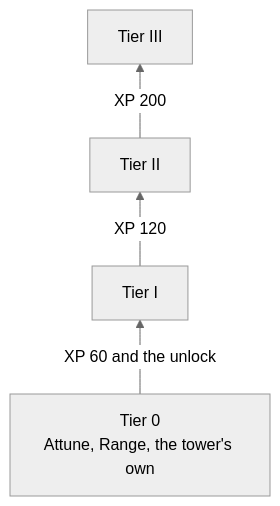
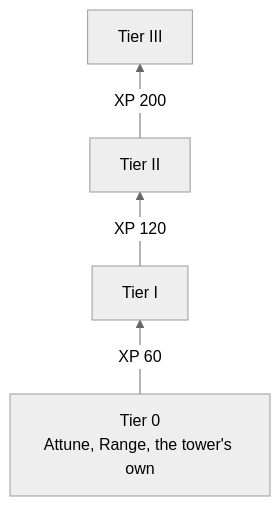
The diagram in README.md (bicanjirka/jtd), drawn with Mermaid (neutral theme) before and after one commit. The commit also changed other lines of this file and 3 other files, not shown here.

````diff
--- a/README.md
+++ b/README.md
@@ -216,6 +216,6 @@
 ```mermaid
 flowchart BT
-    t0[Tier 0<br/>Attune, Range, the tower's own] -->|XP 60 and the unlock| t1[Tier I]
+    t0[Tier 0<br/>Attune, Range, the tower's own] -->|XP 60| t1[Tier I]
     t1 -->|XP 120| t2[Tier II]
     t2 -->|XP 200| t3[Tier III]
 ```
````
